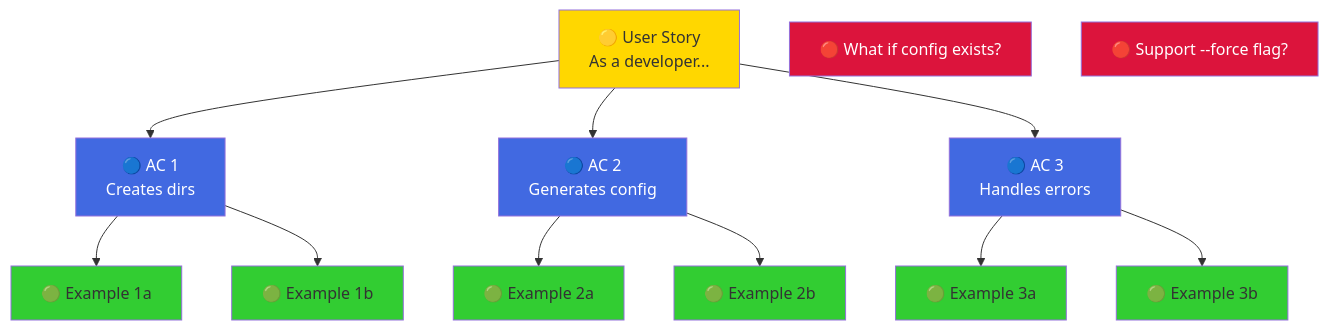
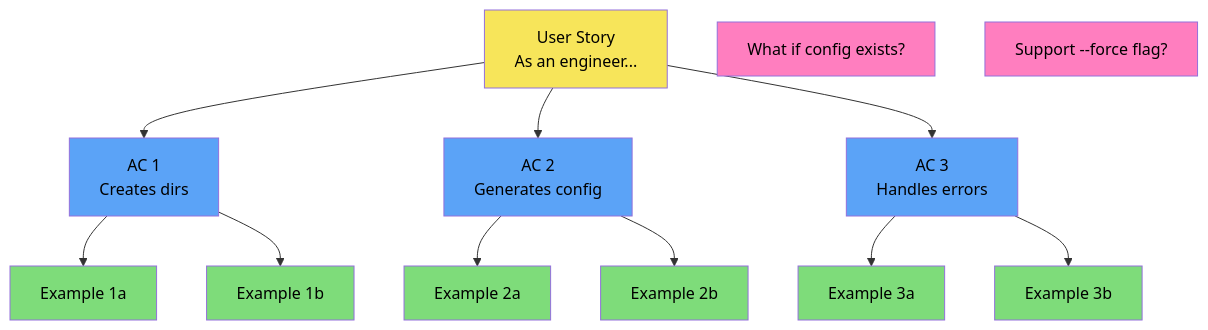
Before and after one commit to ready-to-release/eac: the first of 2 diagrams in docs/explanation/specifications/example-mapping.md, drawn with Mermaid. The commit also changed other lines of this file, not shown here.

Commit message:
Update example mapping, correct some errors and use svg icons, change red to pink to follow standard description

````diff
--- a/docs/explanation/specifications/example-mapping.md
+++ b/docs/explanation/specifications/example-mapping.md
@@ -82,33 +82,33 @@
 ```mermaid
 flowchart TD
-    Yellow["🟡 User Story<br/>As a developer..."]
+    Story["User Story<br/>As an engineer..."]
 
-    Yellow --> Blue1["🔵 AC 1<br/>Creates dirs"]
-    Yellow --> Blue2["🔵 AC 2<br/>Generates config"]
-    Yellow --> Blue3["🔵 AC 3<br/>Handles errors"]
+    Story --> Rule1["AC 1<br/>Creates dirs"]
+    Story --> Rule2["AC 2<br/>Generates config"]
+    Story --> Rule3["AC 3<br/>Handles errors"]
 
-    Blue1 --> Green1a["🟢 Example 1a"]
-    Blue1 --> Green1b["🟢 Example 1b"]
+    Rule1 --> Example1a["Example 1a"]
+    Rule1 --> Example1b["Example 1b"]
 
-    Blue2 --> Green2a["🟢 Example 2a"]
-    Blue2 --> Green2b["🟢 Example 2b"]
+    Rule2 --> Example2a["Example 2a"]
+    Rule2 --> Example2b["Example 2b"]
 
-    Blue3 --> Green3a["🟢 Example 3a"]
-    Blue3 --> Green3b["🟢 Example 3b"]
+    Rule3 --> Example3a["Example 3a"]
+    Rule3 --> Example3b["Example 3b"]
 
-    Red1["🔴 What if config exists?"]
-    Red2["🔴 Support --force flag?"]
+    Question1["What if config exists?"]
+    Question2["Support --force flag?"]
 
-    style Yellow fill:#FFD700
-    style Blue1 fill:#4169E1,color:#fff
-    style Blue2 fill:#4169E1,color:#fff
-    style Blue3 fill:#4169E1,color:#fff
-    style Green1a fill:#32CD32
-    style Green1b fill:#32CD32
-    style Green2a fill:#32CD32
-    style Green2b fill:#32CD32
-    style Green3a fill:#32CD32
-    style Green3b fill:#32CD32
-    style Red1 fill:#DC143C,color:#fff
-    style Red2 fill:#DC143C,color:#fff
+    style Story fill:#F7E55A,color:#000
+    style Rule1 fill:#5BA3F7,color:#000
+    style Rule2 fill:#5BA3F7,color:#000
+    style Rule3 fill:#5BA3F7,color:#000
+    style Example1a fill:#7EDC7A,color:#000
+    style Example1b fill:#7EDC7A,color:#000
+    style Example2a fill:#7EDC7A,color:#000
+    style Example2b fill:#7EDC7A,color:#000
+    style Example3a fill:#7EDC7A,color:#000
+    style Example3b fill:#7EDC7A,color:#000
+    style Question1 fill:#FF7EBF,color:#000
+    style Question2 fill:#FF7EBF,color:#000
 ```
````
